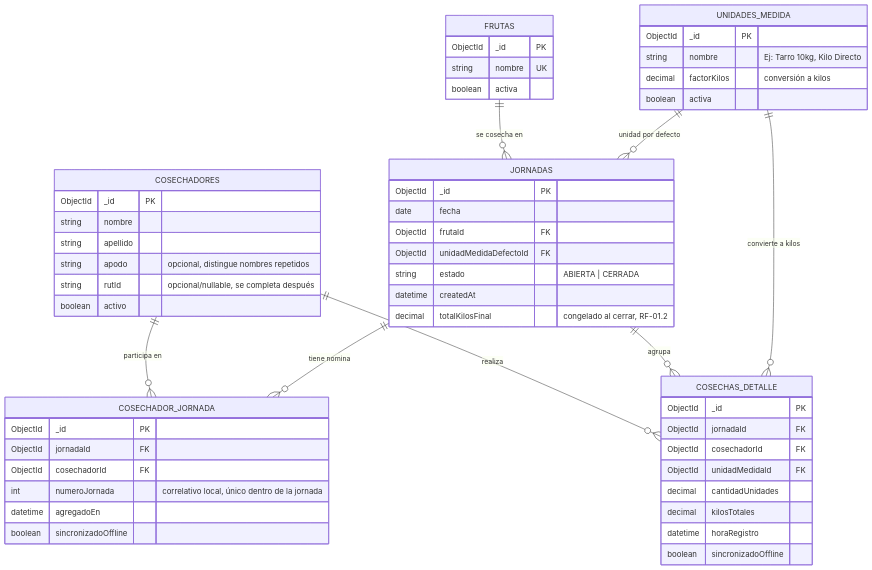
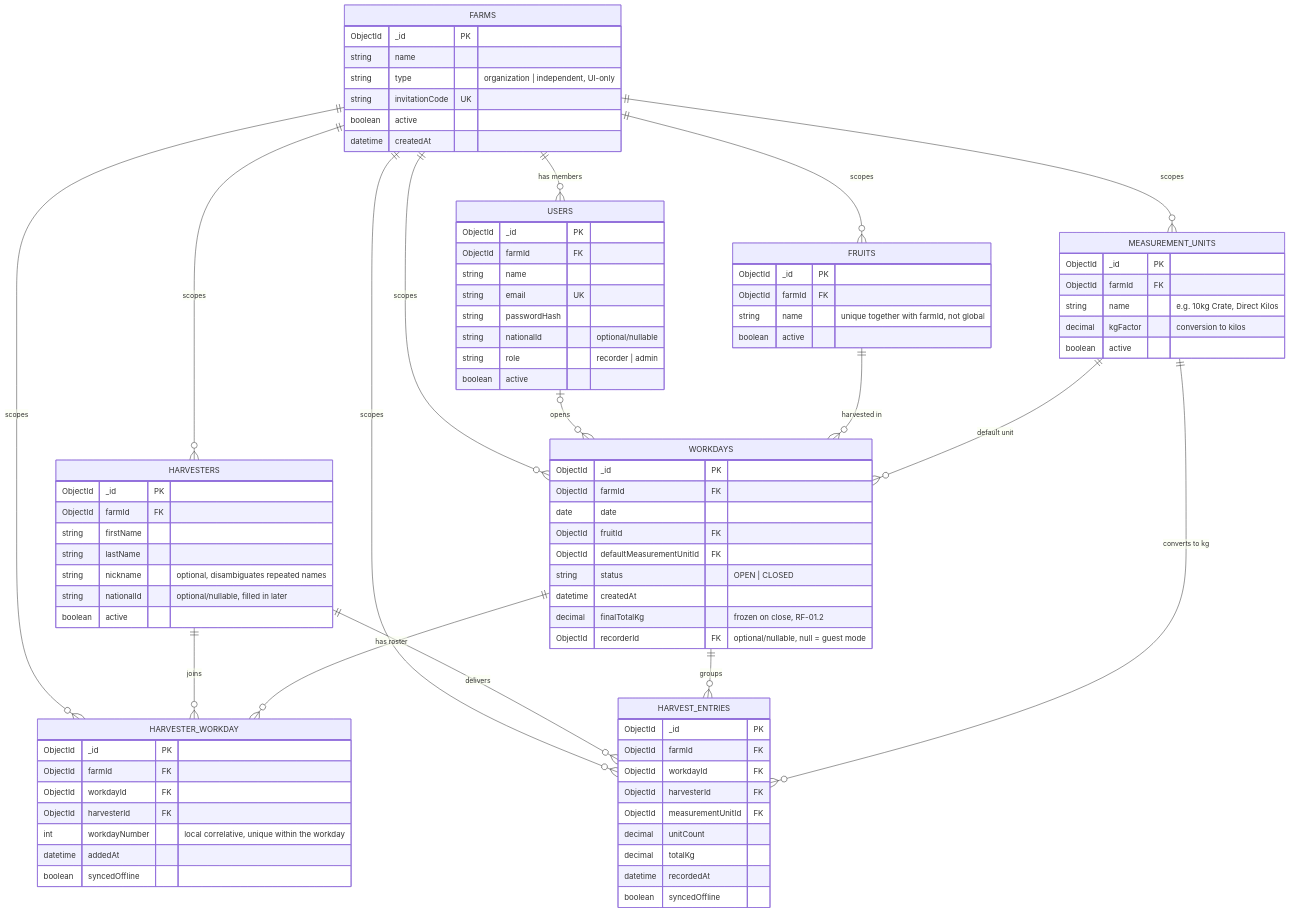
The diagram in docs/diagrams/modelo-datos.md (ignaciooocs/NovaFarm), drawn with Mermaid before and after one commit. The commit also changed other lines of this file and 2 other files, not shown here.

Commit message:
docs: update data model documentation and add HTML diagram

````diff
--- a/docs/diagrams/modelo-datos.md
+++ b/docs/diagrams/modelo-datos.md
@@ -7,62 +7,97 @@
 ```mermaid
 erDiagram
-    COSECHADORES ||--o{ COSECHADOR_JORNADA : "participa en"
-    JORNADAS ||--o{ COSECHADOR_JORNADA : "tiene nomina"
-    COSECHADORES ||--o{ COSECHAS_DETALLE : "realiza"
-    JORNADAS ||--o{ COSECHAS_DETALLE : "agrupa"
-    FRUTAS ||--o{ JORNADAS : "se cosecha en"
-    UNIDADES_MEDIDA ||--o{ JORNADAS : "unidad por defecto"
-    UNIDADES_MEDIDA ||--o{ COSECHAS_DETALLE : "convierte a kilos"
+    FARMS ||--o{ USERS : "has members"
+    FARMS ||--o{ HARVESTERS : "scopes"
+    FARMS ||--o{ FRUITS : "scopes"
+    FARMS ||--o{ MEASUREMENT_UNITS : "scopes"
+    FARMS ||--o{ WORKDAYS : "scopes"
+    FARMS ||--o{ HARVESTER_WORKDAY : "scopes"
+    FARMS ||--o{ HARVEST_ENTRIES : "scopes"
+    USERS |o--o{ WORKDAYS : "opens"
+    HARVESTERS ||--o{ HARVESTER_WORKDAY : "joins"
+    WORKDAYS ||--o{ HARVESTER_WORKDAY : "has roster"
+    HARVESTERS ||--o{ HARVEST_ENTRIES : "delivers"
+    WORKDAYS ||--o{ HARVEST_ENTRIES : "groups"
+    FRUITS ||--o{ WORKDAYS : "harvested in"
+    MEASUREMENT_UNITS ||--o{ WORKDAYS : "default unit"
+    MEASUREMENT_UNITS ||--o{ HARVEST_ENTRIES : "converts to kg"
 
-    COSECHADORES {
+    FARMS {
         ObjectId _id PK
-        string nombre
-        string apellido
-        string apodo "opcional, distingue nombres repetidos"
-        string rutId "opcional/nullable, se completa después"
-        boolean activo
+        string name
+        string type "organization | independent, UI-only"
+        string invitationCode UK
+        boolean active
+        datetime createdAt
     }
 
-    FRUTAS {
+    USERS {
         ObjectId _id PK
-        string nombre UK
-        boolean activa
+        ObjectId farmId FK
+        string name
+        string email UK
+        string passwordHash
+        string nationalId "optional/nullable"
+        string role "recorder | admin"
+        boolean active
     }
 
-    UNIDADES_MEDIDA {
+    HARVESTERS {
         ObjectId _id PK
-        string nombre "Ej: Tarro 10kg, Kilo Directo"
-        decimal factorKilos "conversión a kilos"
-        boolean activa
+        ObjectId farmId FK
+        string firstName
+        string lastName
+        string nickname "optional, disambiguates repeated names"
+        string nationalId "optional/nullable, filled in later"
+        boolean active
     }
 
-    JORNADAS {
+    FRUITS {
         ObjectId _id PK
-        date fecha
-        ObjectId frutaId FK
-        ObjectId unidadMedidaDefectoId FK
-        string estado "ABIERTA | CERRADA"
-        datetime createdAt
-        decimal totalKilosFinal "congelado al cerrar, RF-01.2"
+        ObjectId farmId FK
+        string name "unique together with farmId, not global"
+        boolean active
     }
 
-    COSECHADOR_JORNADA {
+    MEASUREMENT_UNITS {
         ObjectId _id PK
-        ObjectId jornadaId FK
-        ObjectId cosechadorId FK
-        int numeroJornada "correlativo local, único dentro de la jornada"
-        datetime agregadoEn
-        boolean sincronizadoOffline
+        ObjectId farmId FK
+        string name "e.g. 10kg Crate, Direct Kilos"
+        decimal kgFactor "conversion to kilos"
+        boolean active
     }
 
-    COSECHAS_DETALLE {
+    WORKDAYS {
         ObjectId _id PK
-        ObjectId jornadaId FK
-        ObjectId cosechadorId FK
-        ObjectId unidadMedidaId FK
-        decimal cantidadUnidades
-        decimal kilosTotales
-        datetime horaRegistro
-        boolean sincronizadoOffline
+        ObjectId farmId FK
+        date date
+        ObjectId fruitId FK
+        ObjectId defaultMeasurementUnitId FK
+        string status "OPEN | CLOSED"
+        datetime createdAt
+        decimal finalTotalKg "frozen on close, RF-01.2"
+        ObjectId recorderId FK "optional/nullable, null = guest mode"
+    }
+
+    HARVESTER_WORKDAY {
+        ObjectId _id PK
+        ObjectId farmId FK
+        ObjectId workdayId FK
+        ObjectId harvesterId FK
+        int workdayNumber "local correlative, unique within the workday"
+        datetime addedAt
+        boolean syncedOffline
+    }
+
+    HARVEST_ENTRIES {
+        ObjectId _id PK
+        ObjectId farmId FK
+        ObjectId workdayId FK
+        ObjectId harvesterId FK
+        ObjectId measurementUnitId FK
+        decimal unitCount
+        decimal totalKg
+        datetime recordedAt
+        boolean syncedOffline
     }
 ```
````
